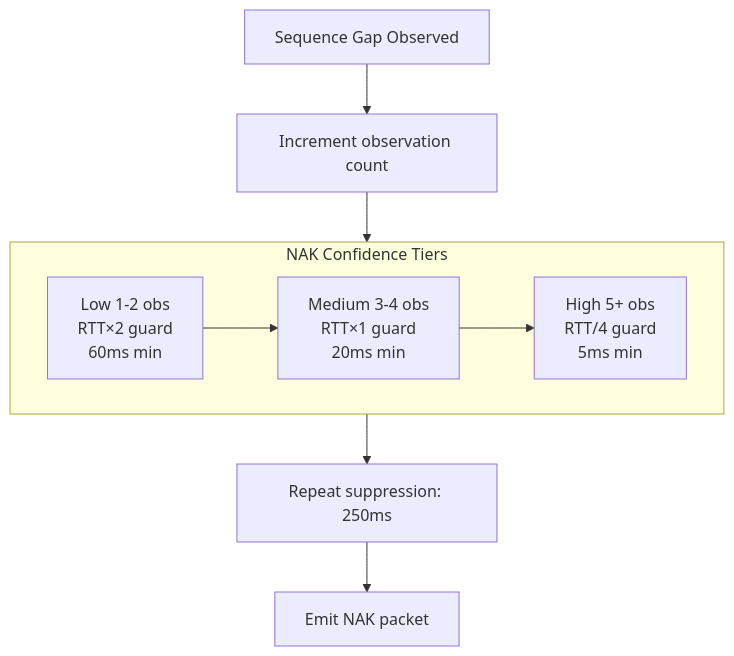
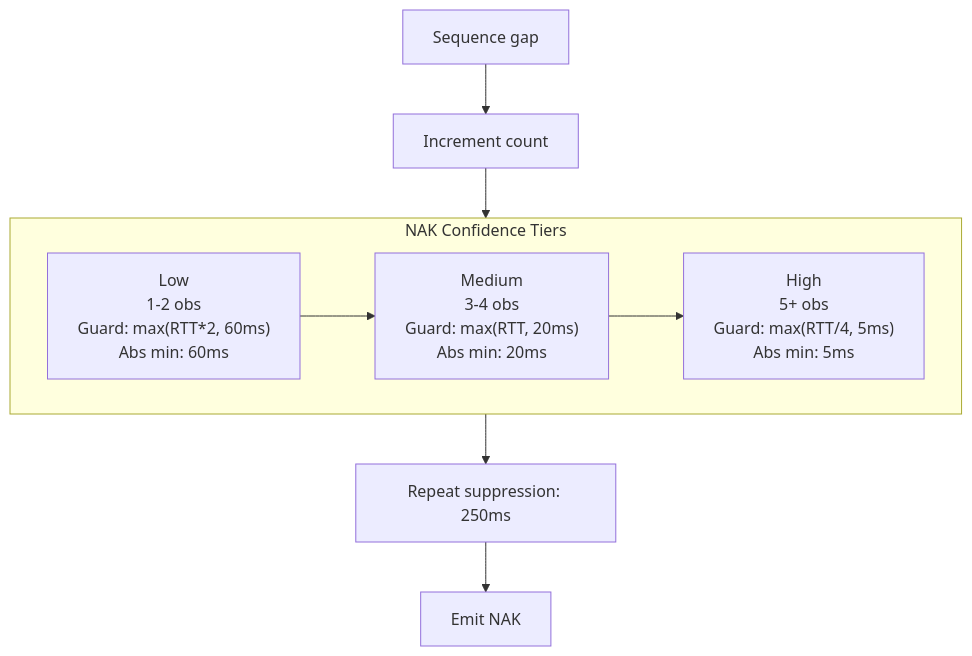
Before and after one commit to liulilittle/ucp: the second of 2 diagrams in docs/constants.md, drawn with Mermaid. The commit also changed other lines of this file and 43 other files, not shown here.

````diff
--- a/docs/constants.md
+++ b/docs/constants.md
@@ -90,13 +78,13 @@
 ```mermaid
 flowchart TD
-    subgraph Tiers[NAK Confidence Tiers]
+    subgraph Tiers["NAK Confidence Tiers"]
         direction LR
-        Low[Low 1-2 obs<br/>RTT×2 guard<br/>60ms min] --> Med[Medium 3-4 obs<br/>RTT×1 guard<br/>20ms min]
-        Med --> High[High 5+ obs<br/>RTT/4 guard<br/>5ms min]
+        Low["Low<br/>1-2 obs<br/>Guard: max(RTT*2, 60ms)<br/>Abs min: 60ms"] --> Med["Medium<br/>3-4 obs<br/>Guard: max(RTT, 20ms)<br/>Abs min: 20ms"]
+        Med --> High["High<br/>5+ obs<br/>Guard: max(RTT/4, 5ms)<br/>Abs min: 5ms"]
     end
-
-    Gap[Sequence Gap Observed] --> Count[Increment observation count]
+    
+    Gap["Sequence gap"] --> Count["Increment count"]
     Count --> Tiers
-    Tiers --> Suppress[Repeat suppression: 250ms]
-    Suppress --> Emit[Emit NAK packet]
+    Tiers --> Suppress["Repeat suppression: 250ms"]
+    Suppress --> Emit["Emit NAK"]
 ```
````
